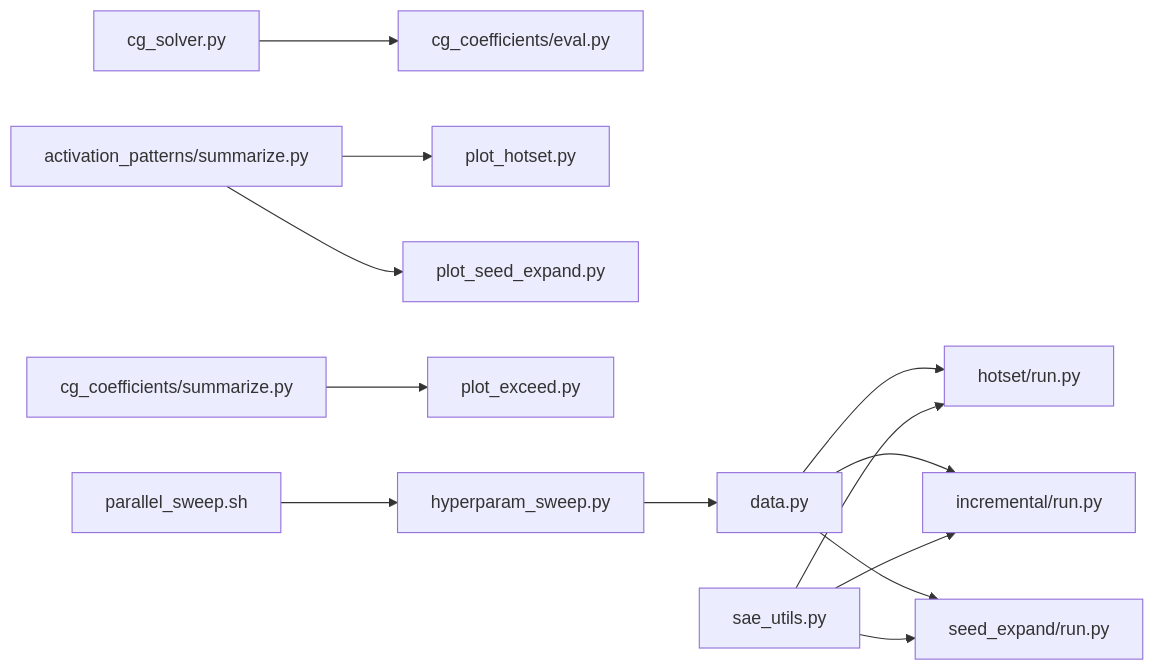
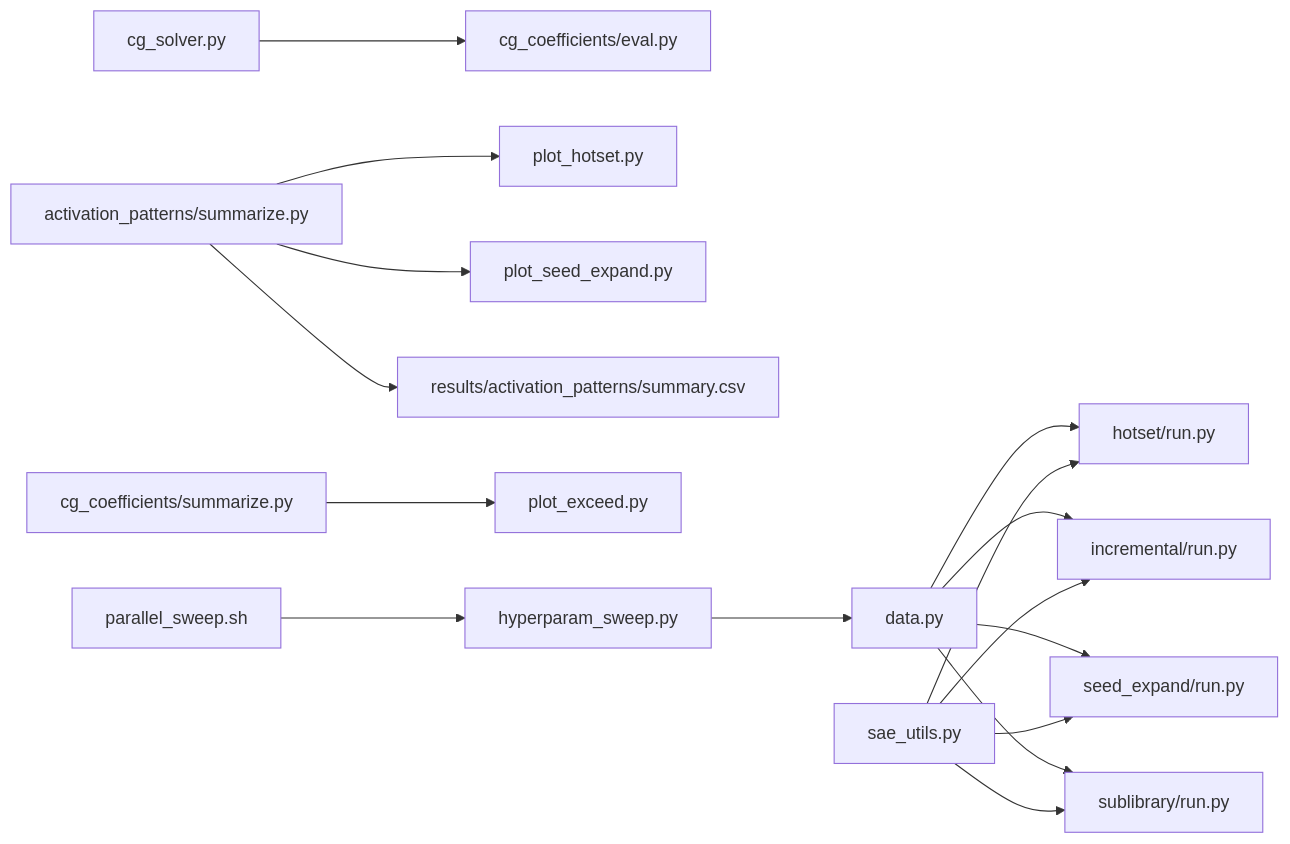
The ninth of 9 diagrams in .qoder/repowiki/zh/content/实验与分析/实验与分析.md (duanzhaol/sparsify), drawn with Mermaid before and after one commit. The commit also changed other lines of this file and 6 other files, not shown here.

````diff
--- a/.qoder/repowiki/zh/content/实验与分析/实验与分析.md
+++ b/.qoder/repowiki/zh/content/实验与分析/实验与分析.md
@@ -375,15 +430,18 @@
 ```mermaid
 graph LR
 DC["data.py"] --> AP1["hotset/run.py"]
 DC --> AP2["incremental/run.py"]
 DC --> AP3["seed_expand/run.py"]
+DC --> AP4["sublibrary/run.py"]
 SU["sae_utils.py"] --> AP1
 SU --> AP2
 SU --> AP3
+SU --> AP4
 CGS["cg_solver.py"] --> CGE["cg_coefficients/eval.py"]
 SUM1["activation_patterns/summarize.py"] --> VH["plot_hotset.py"]
 SUM1 --> VS["plot_seed_expand.py"]
+SUM1 --> SUMMARY_CSV["results/activation_patterns/summary.csv"]
 CGSUM["cg_coefficients/summarize.py"] --> CGP["plot_exceed.py"]
 HS["hyperparam_sweep.py"] --> DC
 PS["parallel_sweep.sh"] --> HS
 ```
````
